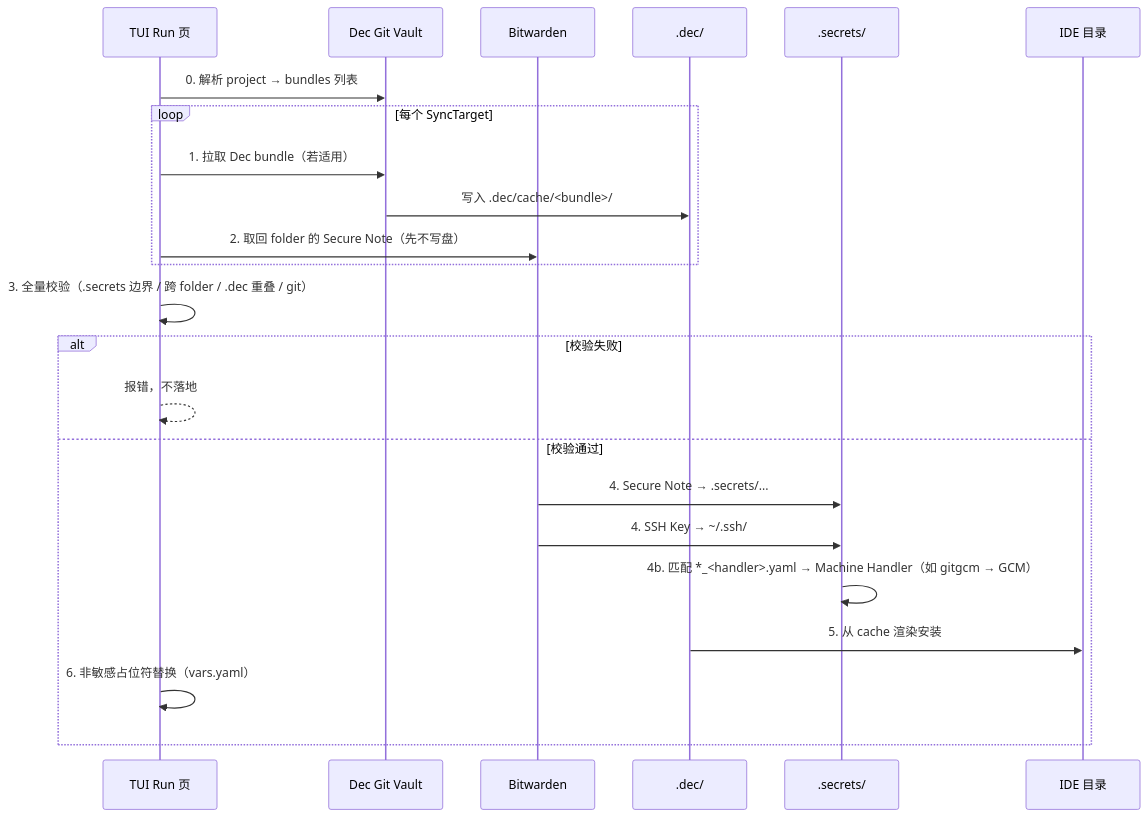
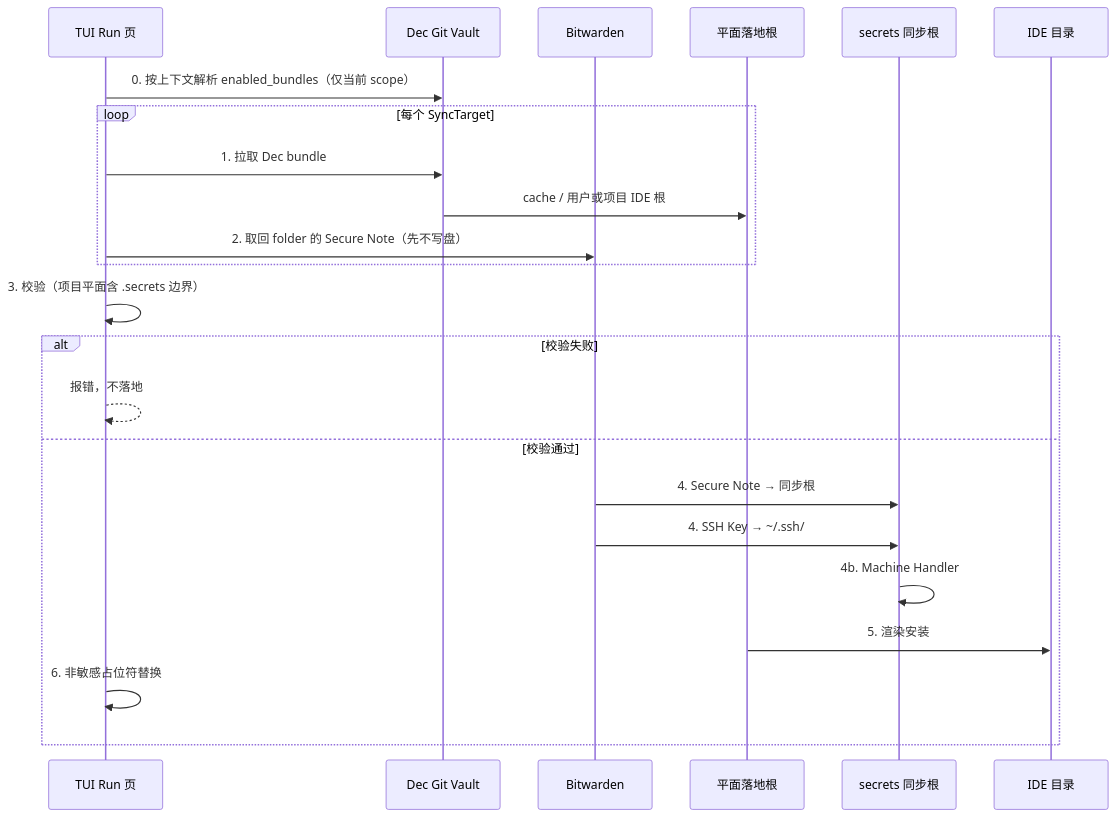
Before and after one commit to shichao402/Dec: the diagram in Documents/BUNDLE-SECRETS-MODEL.md, drawn with Mermaid. The commit also changed other lines of this file and 73 other files, not shown here.

First line of the commit message:
feat(bundle): bundle 二元 scope 与用户平面读写闭环（ADR 0009）

````diff
--- a/Documents/BUNDLE-SECRETS-MODEL.md
+++ b/Documents/BUNDLE-SECRETS-MODEL.md
@@ -248,26 +217,26 @@
 ```mermaid
 sequenceDiagram
   participant TUI as TUI Run 页
   participant Dec as Dec Git Vault
   participant BW as Bitwarden
-  participant DecRoot as .dec/
-  participant Sec as .secrets/
+  participant DecRoot as 平面落地根
+  participant Sec as secrets 同步根
   participant IDE as IDE 目录
 
-  TUI->>Dec: 0. 解析 project → bundles 列表
+  TUI->>Dec: 0. 按上下文解析 enabled_bundles（仅当前 scope）
   loop 每个 SyncTarget
-    TUI->>Dec: 1. 拉取 Dec bundle（若适用）
-    Dec->>DecRoot: 写入 .dec/cache/<bundle>/
+    TUI->>Dec: 1. 拉取 Dec bundle
+    Dec->>DecRoot: cache / 用户或项目 IDE 根
     TUI->>BW: 2. 取回 folder 的 Secure Note（先不写盘）
   end
-  TUI->>TUI: 3. 全量校验（.secrets 边界 / 跨 folder / .dec 重叠 / git）
+  TUI->>TUI: 3. 校验（项目平面含 .secrets 边界）
   alt 校验失败
     TUI-->>TUI: 报错，不落地
   else 校验通过
-    BW->>Sec: 4. Secure Note → .secrets/...
+    BW->>Sec: 4. Secure Note → 同步根
     BW->>Sec: 4. SSH Key → ~/.ssh/
-    Sec->>Sec: 4b. 匹配 *_<handler>.yaml → Machine Handler（如 gitgcm → GCM）
-    DecRoot->>IDE: 5. 从 cache 渲染安装
-    TUI->>TUI: 6. 非敏感占位符替换（vars.yaml）
+    Sec->>Sec: 4b. Machine Handler
+    DecRoot->>IDE: 5. 渲染安装
+    TUI->>TUI: 6. 非敏感占位符替换
   end
 ```
````
